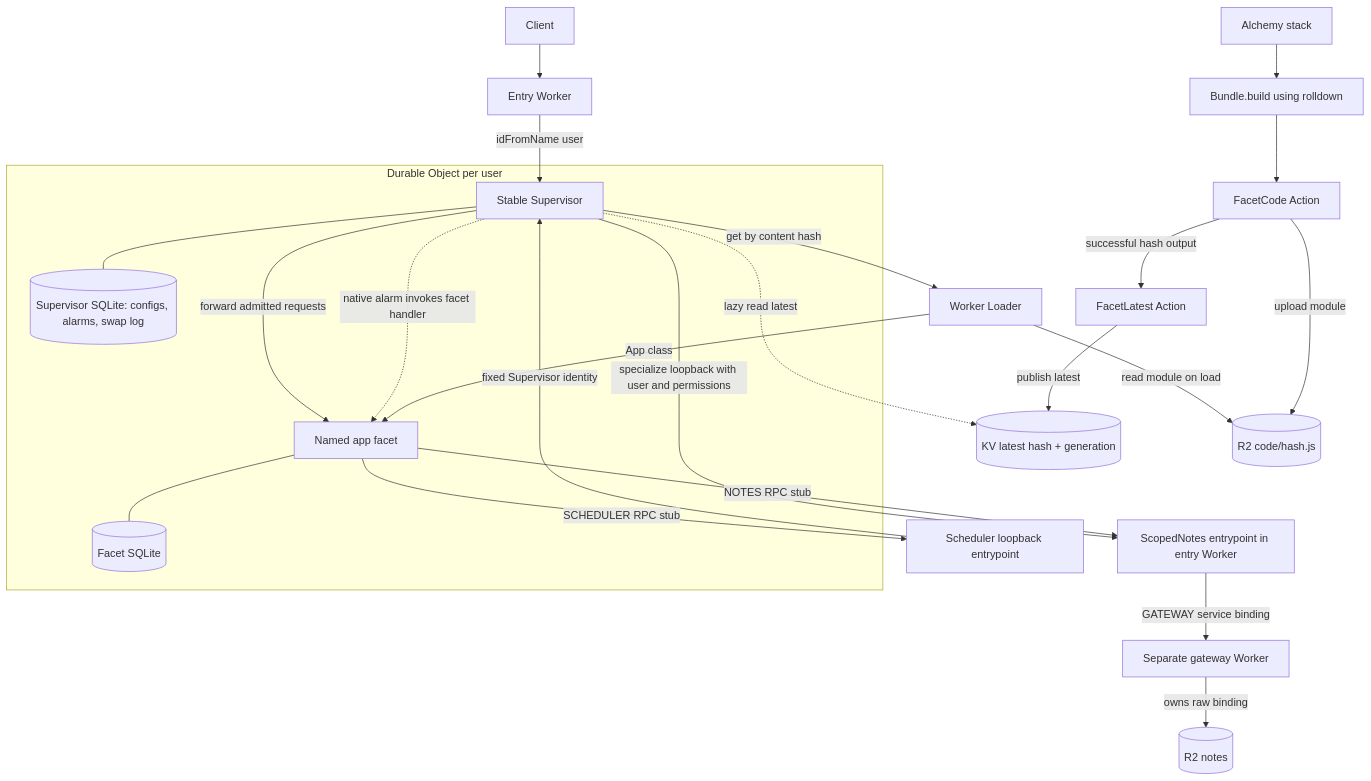
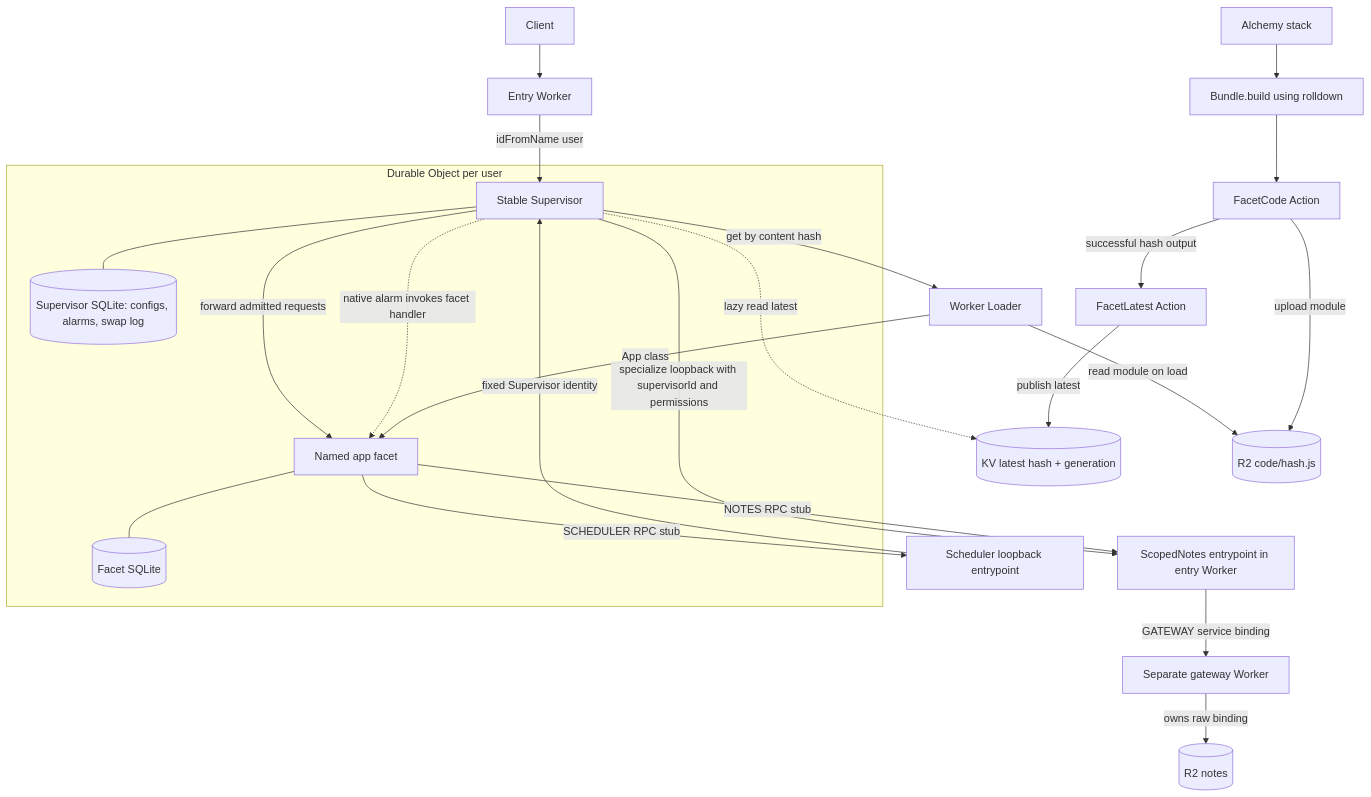
Before and after one commit to boarush/facet-swap: the first of 4 diagrams in docs/ARCHITECTURE.md, drawn with Mermaid. The commit also changed other lines of this file and 4 other files, not shown here.

````diff
--- a/docs/ARCHITECTURE.md
+++ b/docs/ARCHITECTURE.md
@@ -27,26 +27,26 @@
 ```mermaid
 flowchart TB
   C[Client] --> E[Entry Worker]
   E -->|idFromName user| S
   subgraph DO[Durable Object per user]
     S[Stable Supervisor] -->|forward admitted requests| F[Named app facet]
     S --- SD[(Supervisor SQLite: configs, alarms, swap log)]
     F --- FD[(Facet SQLite)]
   end
-  S -->|specialize loopback with user and permissions| N[ScopedNotes entrypoint in entry Worker]
+  S -->|specialize loopback with supervisorId and permissions| N[ScopedNotes entrypoint in entry Worker]
   N -->|GATEWAY service binding| G[Separate gateway Worker]
   F -->|NOTES RPC stub| N
   F -->|SCHEDULER RPC stub| A[Scheduler loopback entrypoint]
   A -->|fixed Supervisor identity| S
   S -.->|native alarm invokes facet handler| F
   G -->|owns raw binding| NOTES[(R2 notes)]
   S -.->|lazy read latest| KV[(KV latest hash + generation)]
   S -->|get by content hash| L[Worker Loader]
   L -->|read module on load| R2[(R2 code/hash.js)]
   L -->|App class| F
   STACK[Alchemy stack] --> B[Bundle.build using rolldown]
   B --> U[FacetCode Action]
   U -->|upload module| R2
   U -->|successful hash output| P[FacetLatest Action]
   P -->|publish latest| KV
 ```
````
